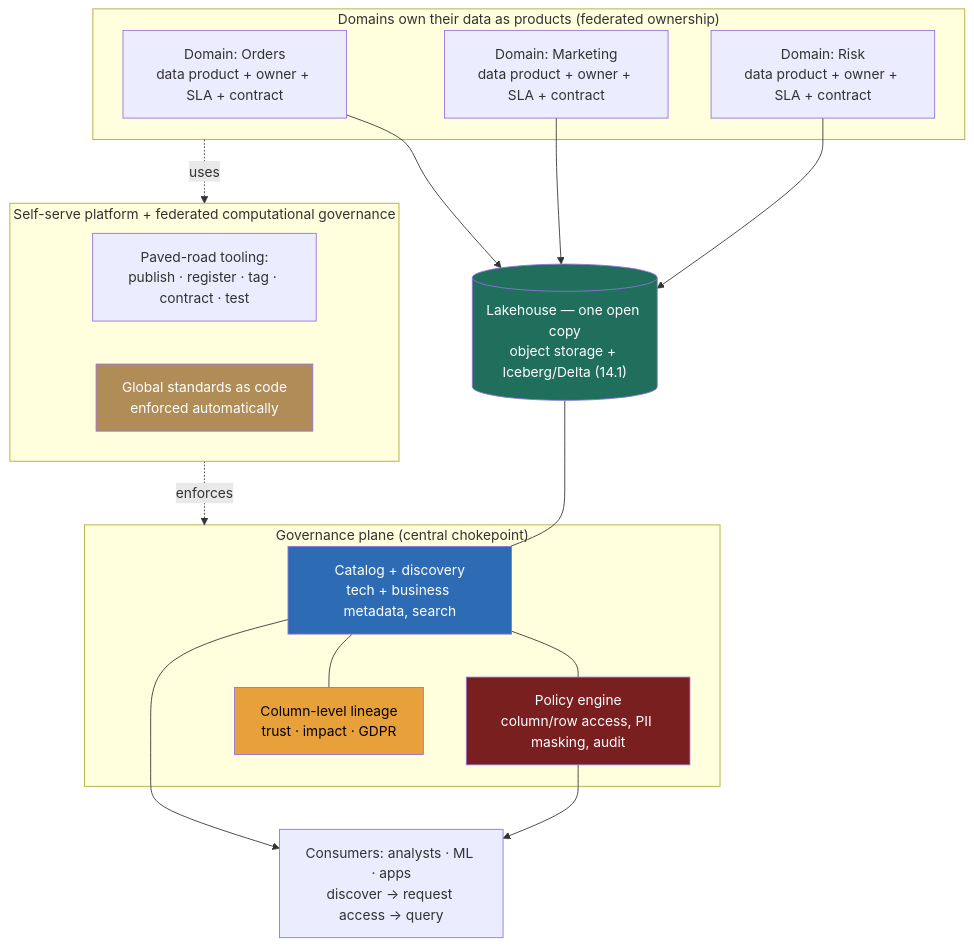
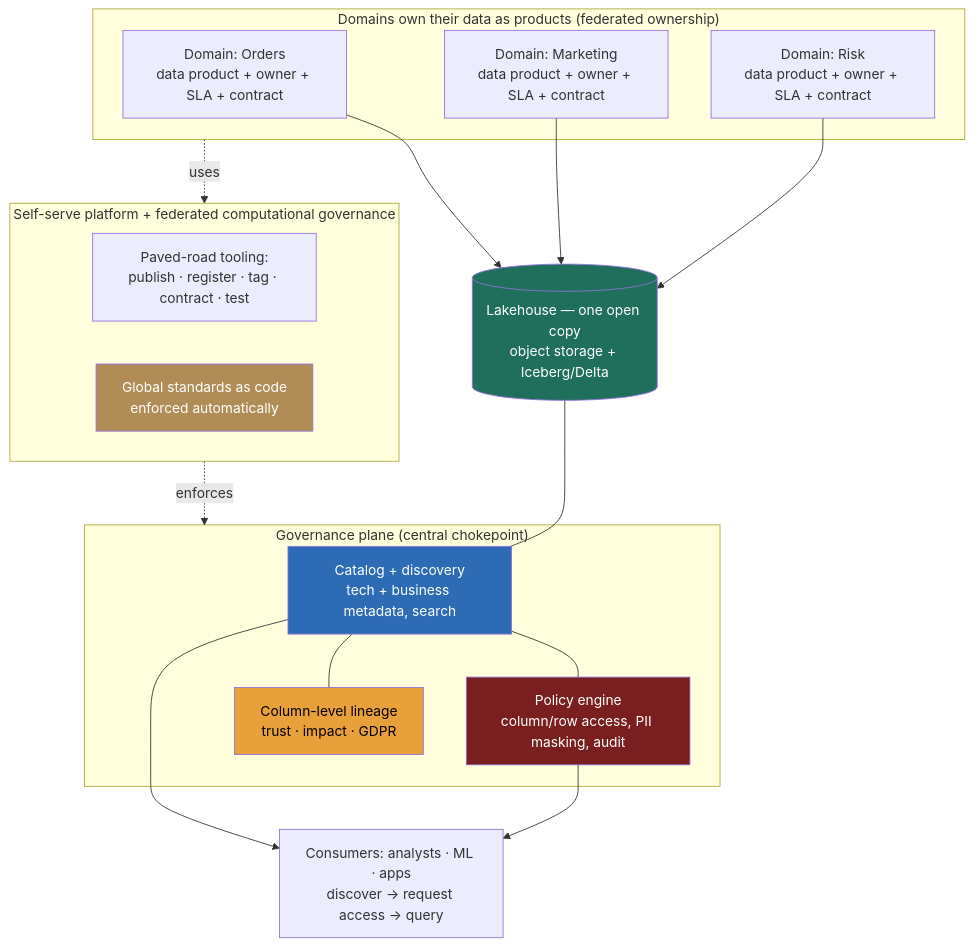
One commit to hkrathore/sysdesign-course changed the diagram in src/content/docs/module-14/lesson-14-5.md. Above: the diagram before and after it, drawn with Mermaid. The commit also changed other lines of this file and 146 other files, not shown here.

````diff
--- a/src/content/docs/module-14/lesson-14-5.md
+++ b/src/content/docs/module-14/lesson-14-5.md
@@ -113,39 +113,39 @@
 ```mermaid
 flowchart TB
     subgraph DOM["Domains own their data as products (federated ownership)"]
       D1["Domain: Orders<br/>data product + owner + SLA + contract"]
       D2["Domain: Marketing<br/>data product + owner + SLA + contract"]
       D3["Domain: Risk<br/>data product + owner + SLA + contract"]
     end
 
-    LAKE[("Lakehouse — one open copy<br/>object storage + Iceberg/Delta (14.1)")]
+    LAKE[("Lakehouse — one open copy<br/>object storage + Iceberg/Delta")]
     D1 --> LAKE
     D2 --> LAKE
     D3 --> LAKE
 
     subgraph GOV["Governance plane (central chokepoint)"]
       CAT["Catalog + discovery<br/>tech + business metadata, search"]
       POL["Policy engine<br/>column/row access, PII masking, audit"]
       LIN["Column-level lineage<br/>trust · impact · GDPR"]
     end
     LAKE --- CAT
     CAT --- POL
     CAT --- LIN
 
     subgraph PLAT["Self-serve platform + federated computational governance"]
       SS["Paved-road tooling:<br/>publish · register · tag · contract · test"]
       STD["Global standards as code<br/>enforced automatically"]
     end
     DOM -. uses .-> PLAT
     PLAT -. enforces .-> GOV
 
     CONS["Consumers: analysts · ML · apps<br/>discover → request access → query"]
     CAT --> CONS
     POL --> CONS
 
     style LAKE fill:#1f6f5c,color:#fff
     style CAT fill:#2d6cb5,color:#fff
     style POL fill:#7a1f1f,color:#fff
     style LIN fill:#e8a13a,color:#000
     style STD fill:#b08d57,color:#fff
 ```
````
